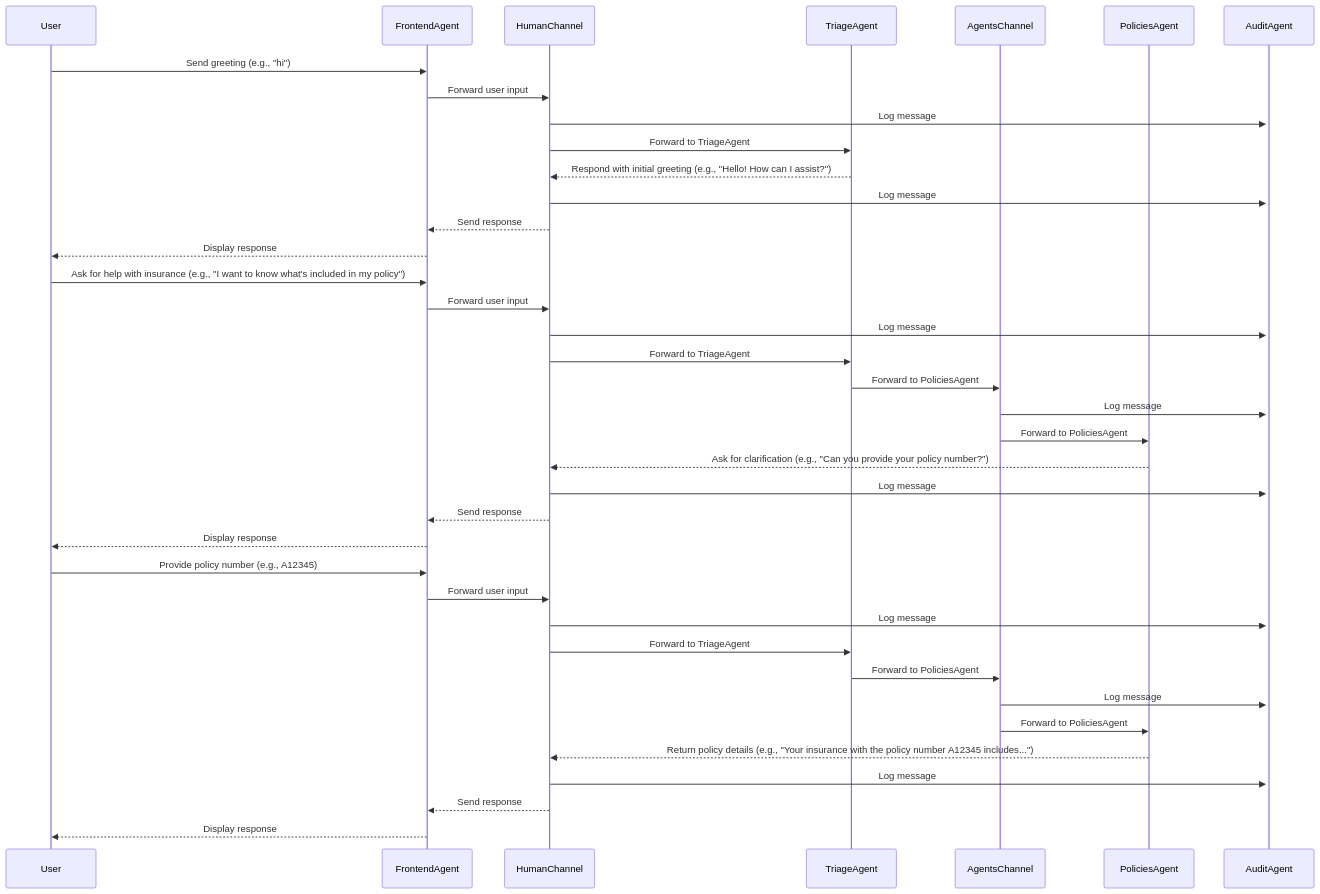
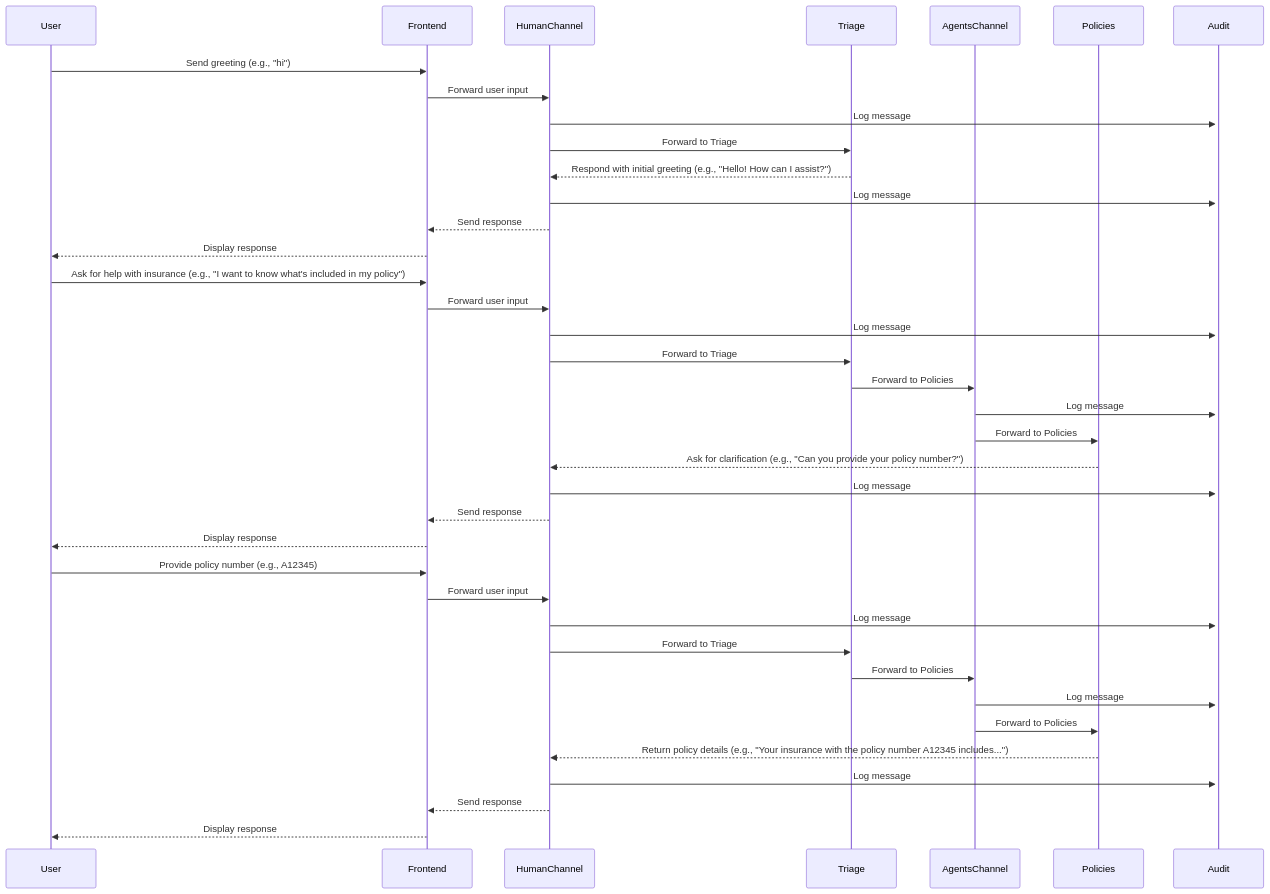
One commit to eggai-tech/EggAI changed the diagram in examples/multi_agent_human_chat/README.md. Above: the diagram before and after it, drawn with Mermaid. The commit also changed other lines of this file and 1 other file, not shown here.

````diff
--- a/examples/multi_agent_human_chat/README.md
+++ b/examples/multi_agent_human_chat/README.md
@@ -174,43 +174,43 @@
 ```mermaid
 sequenceDiagram
     participant User
-    participant FrontendAgent
+    participant Frontend
     participant HumanChannel
-    participant TriageAgent
+    participant Triage
     participant AgentsChannel
-    participant PoliciesAgent
-    participant AuditAgent
+    participant Policies
+    participant Audit
 
-    User->>FrontendAgent: Send greeting (e.g., "hi")
-    FrontendAgent->>HumanChannel: Forward user input
-    HumanChannel->>+AuditAgent: Log message
-    HumanChannel->>TriageAgent: Forward to TriageAgent
-    TriageAgent-->>HumanChannel: Respond with initial greeting (e.g., "Hello! How can I assist?")
-    HumanChannel->>+AuditAgent: Log message
-    HumanChannel-->>FrontendAgent: Send response
-    FrontendAgent-->>User: Display response
+    User->>Frontend: Send greeting (e.g., "hi")
+    Frontend->>HumanChannel: Forward user input
+    HumanChannel->>+Audit: Log message
+    HumanChannel->>Triage: Forward to Triage
+    Triage-->>HumanChannel: Respond with initial greeting (e.g., "Hello! How can I assist?")
+    HumanChannel->>+Audit: Log message
+    HumanChannel-->>Frontend: Send response
+    Frontend-->>User: Display response
 
-    User->>FrontendAgent: Ask for help with insurance (e.g., "I want to know what's included in my policy")
-    FrontendAgent->>HumanChannel: Forward user input
-    HumanChannel->>+AuditAgent: Log message
-    HumanChannel->>TriageAgent: Forward to TriageAgent
-    TriageAgent->>AgentsChannel: Forward to PoliciesAgent
-    AgentsChannel->>+AuditAgent: Log message
-    AgentsChannel->>PoliciesAgent: Forward to PoliciesAgent
-    PoliciesAgent-->>HumanChannel: Ask for clarification (e.g., "Can you provide your policy number?")
-    HumanChannel->>+AuditAgent: Log message
-    HumanChannel-->>FrontendAgent: Send response
-    FrontendAgent-->>User: Display response
+    User->>Frontend: Ask for help with insurance (e.g., "I want to know what's included in my policy")
+    Frontend->>HumanChannel: Forward user input
+    HumanChannel->>+Audit: Log message
+    HumanChannel->>Triage: Forward to Triage
+    Triage->>AgentsChannel: Forward to Policies
+    AgentsChannel->>+Audit: Log message
+    AgentsChannel->>Policies: Forward to Policies
+    Policies-->>HumanChannel: Ask for clarification (e.g., "Can you provide your policy number?")
+    HumanChannel->>+Audit: Log message
+    HumanChannel-->>Frontend: Send response
+    Frontend-->>User: Display response
 
-    User->>FrontendAgent: Provide policy number (e.g., A12345)
-    FrontendAgent->>HumanChannel: Forward user input
-    HumanChannel->>+AuditAgent: Log message
-    HumanChannel->>TriageAgent: Forward to TriageAgent
-    TriageAgent->>AgentsChannel: Forward to PoliciesAgent
-    AgentsChannel->>+AuditAgent: Log message
-    AgentsChannel->>PoliciesAgent: Forward to PoliciesAgent
-    PoliciesAgent-->>HumanChannel: Return policy details (e.g., "Your insurance with the policy number A12345 includes...")
-    HumanChannel->>+AuditAgent: Log message
-    HumanChannel-->>FrontendAgent: Send response
-    FrontendAgent-->>User: Display response
+    User->>Frontend: Provide policy number (e.g., A12345)
+    Frontend->>HumanChannel: Forward user input
+    HumanChannel->>+Audit: Log message
+    HumanChannel->>Triage: Forward to Triage
+    Triage->>AgentsChannel: Forward to Policies
+    AgentsChannel->>+Audit: Log message
+    AgentsChannel->>Policies: Forward to Policies
+    Policies-->>HumanChannel: Return policy details (e.g., "Your insurance with the policy number A12345 includes...")
+    HumanChannel->>+Audit: Log message
+    HumanChannel-->>Frontend: Send response
+    Frontend-->>User: Display response
 ```
````
